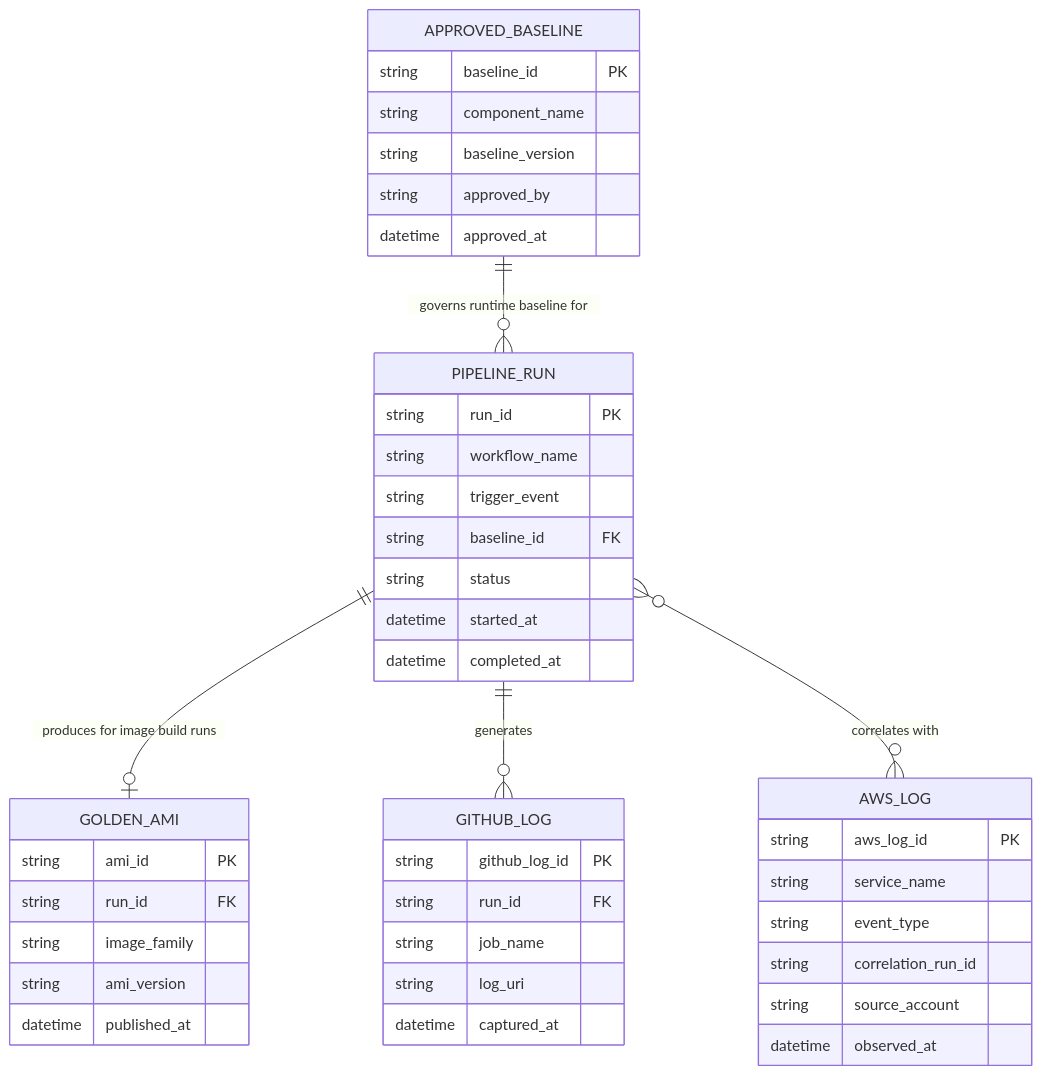
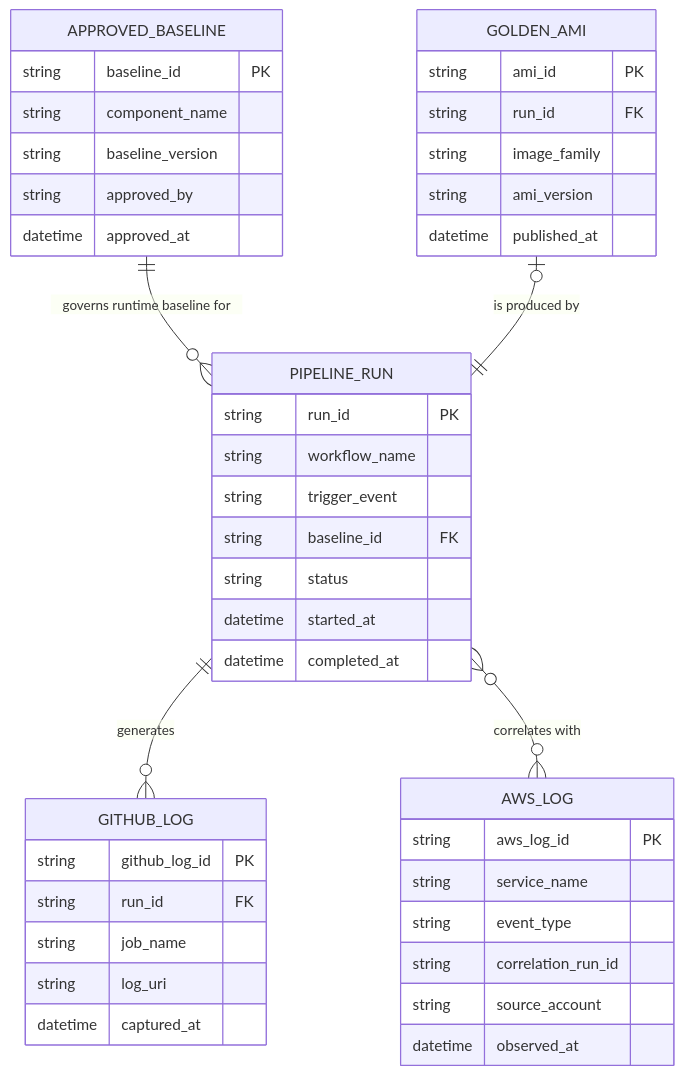
One commit to wingt903/CICD changed the diagram in architecture/data-architecture-erd.mmd. Above: the diagram before and after it, drawn with Mermaid. The commit also changed 1 other file, not shown here.

Commit message:
Clarify focused ERD cardinality and wording

```diff
--- a/architecture/data-architecture-erd.mmd
+++ b/architecture/data-architecture-erd.mmd
@@ -1,45 +1,45 @@
 erDiagram
 
     APPROVED_BASELINE ||--o{ PIPELINE_RUN : "governs runtime baseline for"
-    PIPELINE_RUN ||--o| GOLDEN_AMI : "produces for image build runs"
+    GOLDEN_AMI o|--|| PIPELINE_RUN : "is produced by"
     PIPELINE_RUN ||--o{ GITHUB_LOG : "generates"
     PIPELINE_RUN }o--o{ AWS_LOG : "correlates with"
 
     APPROVED_BASELINE {
         string baseline_id PK
         string component_name
         string baseline_version
         string approved_by
         datetime approved_at
     }
     PIPELINE_RUN {
         string run_id PK
         string workflow_name
         string trigger_event
         string baseline_id FK
         string status
         datetime started_at
         datetime completed_at
     }
     GOLDEN_AMI {
         string ami_id PK
         string run_id FK
         string image_family
         string ami_version
         datetime published_at
     }
     GITHUB_LOG {
         string github_log_id PK
         string run_id FK
         string job_name
         string log_uri
         datetime captured_at
     }
     AWS_LOG {
         string aws_log_id PK
         string service_name
         string event_type
         string correlation_run_id
         string source_account
         datetime observed_at
     }
```
